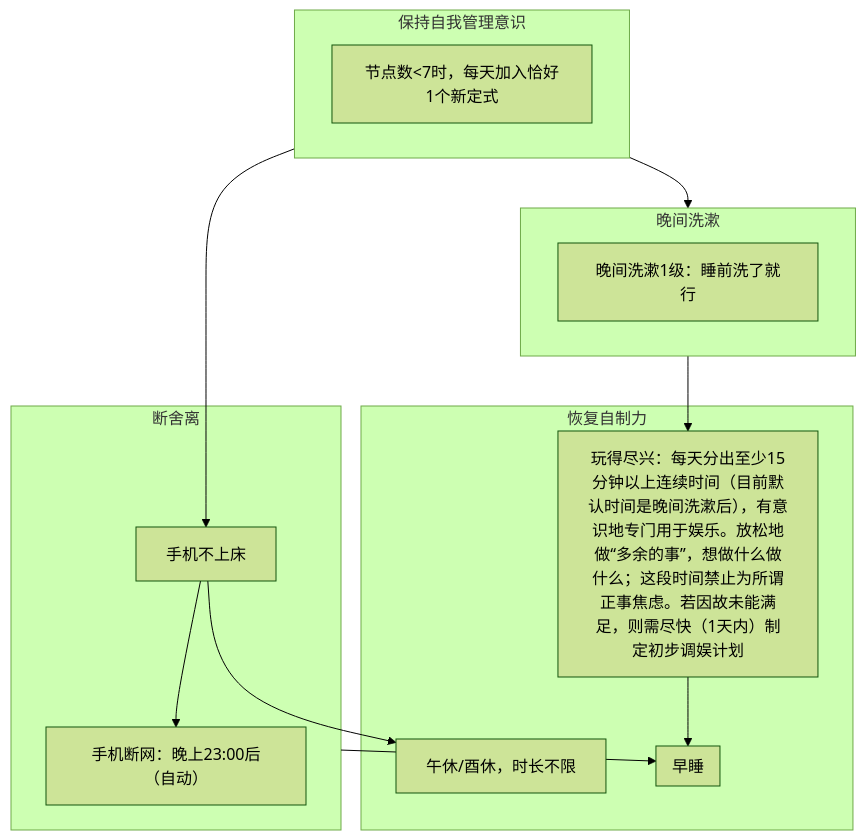
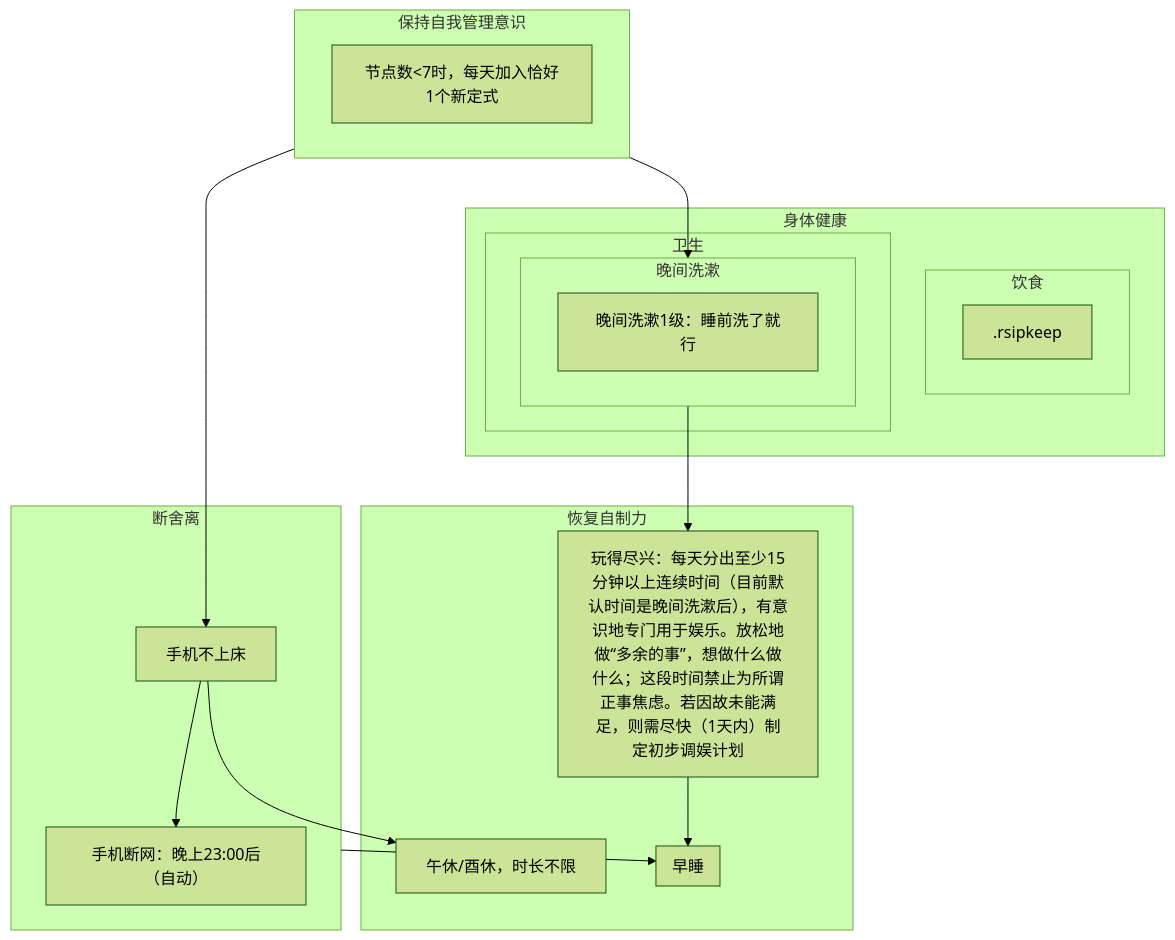
One commit to Ethkuil/RSIP-tree changed the diagram in README.md. Above: the diagram before and after it, drawn with Mermaid (forest theme).

Commit message:
refactor & insert g[身体健康], h[卫生], i[饮食]

````diff
--- a/README.md
+++ b/README.md
@@ -7,31 +7,37 @@
 ```mermaid
 graph TD
 
 subgraph 5[保持自我管理意识]
-0[节点数<7时，每天加入恰好1个新定式]
+  0[节点数<7时，每天加入恰好1个新定式]
+end
+5 --> 1
+5 --> 6
+
+subgraph d[断舍离]
+  1[手机不上床]
+  1 --> e[手机断网：晚上23:00后（自动）]
 end
 
-5 --> 1
-subgraph d[断舍离]
-1[手机不上床]
-1 --> e[手机断网：晚上23:00后（自动）]
+subgraph g[身体健康]
+  subgraph h[卫生]
+    subgraph 6[晚间洗漱]
+      b[晚间洗漱1级：睡前洗了就行]
+    end
+  end
+  subgraph i[饮食]
+    .rsipkeep
+  end
 end
 
 1 --> 2
 d --> 9
+6 --> 8
 subgraph f[恢复自制力]
-2[午休/酉休，时长不限]
-8[玩得尽兴：每天分出至少15分钟以上连续时间（目前默认时间是晚间洗漱后），有意识地专门用于娱乐。放松地做“多余的事”，想做什么做什么；这段时间禁止为所谓正事焦虑。若因故未能满足，则需尽快（1天内）制定初步调娱计划]
-8 --> 9
+  2[午休/酉休，时长不限]
+  8[玩得尽兴：每天分出至少15分钟以上连续时间（目前默认时间是晚间洗漱后），有意识地专门用于娱乐。放松地做“多余的事”，想做什么做什么；这段时间禁止为所谓正事焦虑。若因故未能满足，则需尽快（1天内）制定初步调娱计划]
+  8 --> 9
   subgraph 9[早睡]
-
+    .rsipkeep
   end
 end
-6 --> 8
-
-5 --> 6
-subgraph 6[晚间洗漱]
-b[晚间洗漱1级：睡前洗了就行]
-end
-
 ```
````
